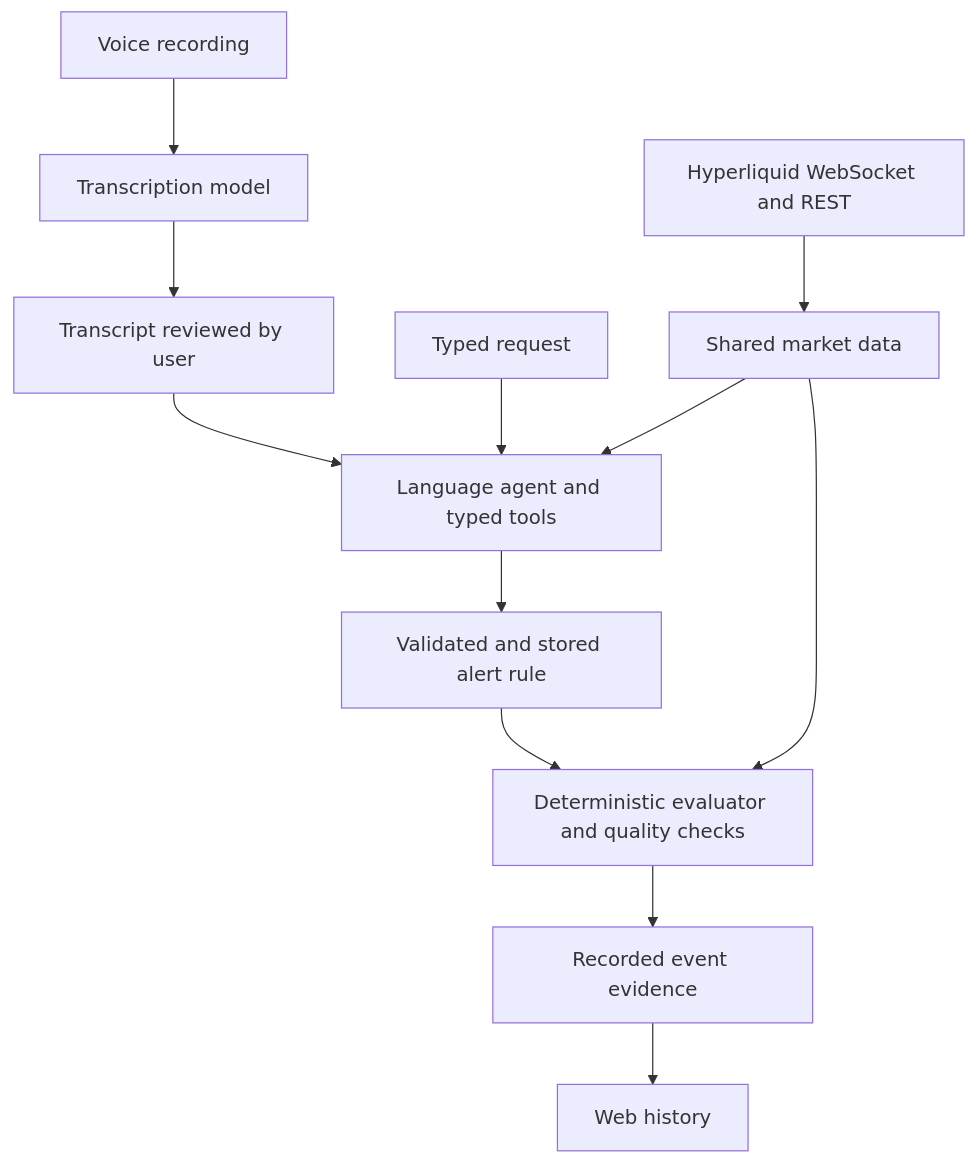
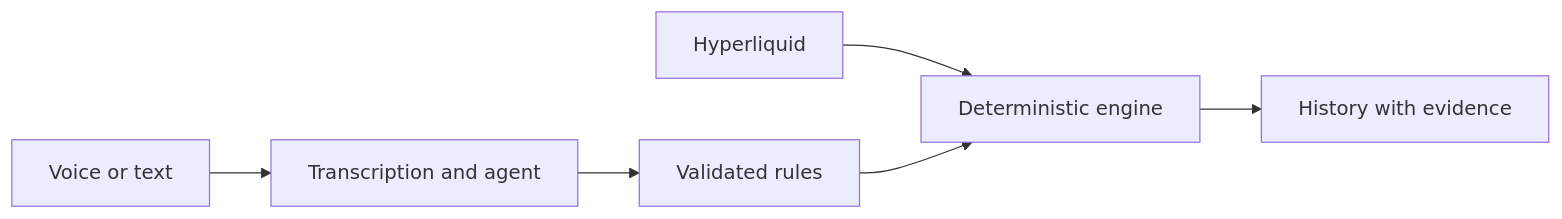
The diagram in README.en.md (JaviChulvi/hype-radar), drawn with Mermaid before and after one commit. The commit also changed other lines of this file and 3 other files, not shown here.

````diff
--- a/README.en.md
+++ b/README.en.md
@@ -46,14 +26,8 @@
 ```mermaid
-flowchart TD
-    VOICE[Voice recording] --> STT[Transcription model]
-    STT --> REVIEW[Transcript reviewed by user]
-    REVIEW --> AGENT[Language agent and typed tools]
-    TEXT[Typed request] --> AGENT
-    HYPERLIQUID[Hyperliquid WebSocket and REST] --> DATA[Shared market data]
-    DATA --> AGENT
-    AGENT --> RULE[Validated and stored alert rule]
-    RULE --> ENGINE[Deterministic evaluator and quality checks]
-    DATA --> ENGINE
-    ENGINE --> EVIDENCE[Recorded event evidence]
-    EVIDENCE --> HISTORY[Web history]
+flowchart LR
+    USER[Voice or text] --> AI[Transcription and agent]
+    AI --> RULE[Validated rules]
+    HL[Hyperliquid] --> ENGINE[Deterministic engine]
+    RULE --> ENGINE
+    ENGINE --> HISTORY[History with evidence]
 ```
````
